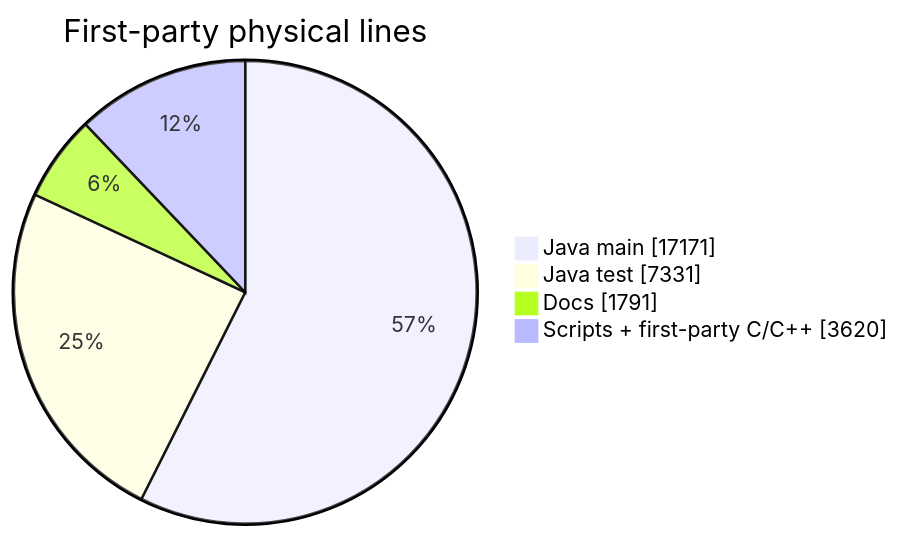
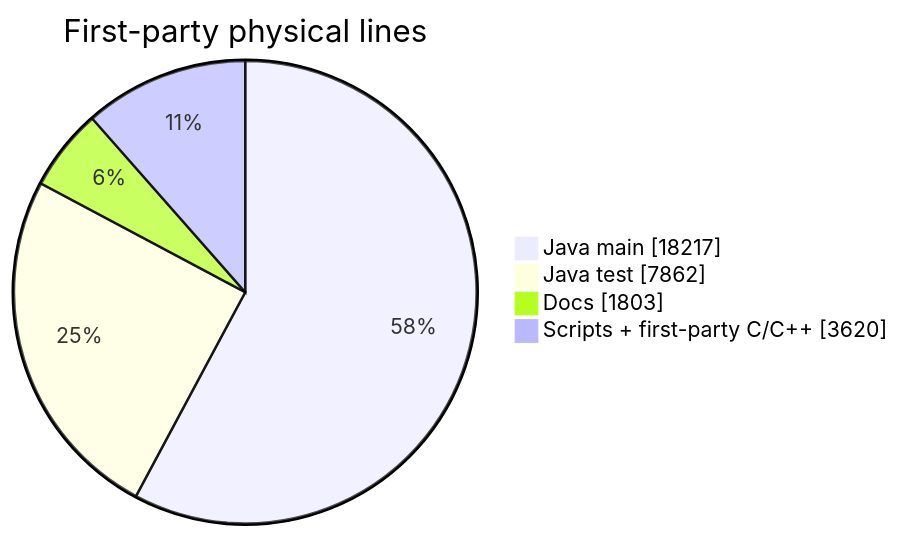
Before and after one commit to chris-piekarski/hot-iron: the first of 2 diagrams in docs/stats.md, drawn with Mermaid. The commit also changed other lines of this file and 5 other files, not shown here.

````diff
--- a/docs/stats.md
+++ b/docs/stats.md
@@ -30,8 +30,8 @@
 ```mermaid
 pie showData
     title First-party physical lines
-    "Java main" : 17171
-    "Java test" : 7331
-    "Docs" : 1791
+    "Java main" : 18217
+    "Java test" : 7862
+    "Docs" : 1803
     "Scripts + first-party C/C++" : 3620
 ```
````
